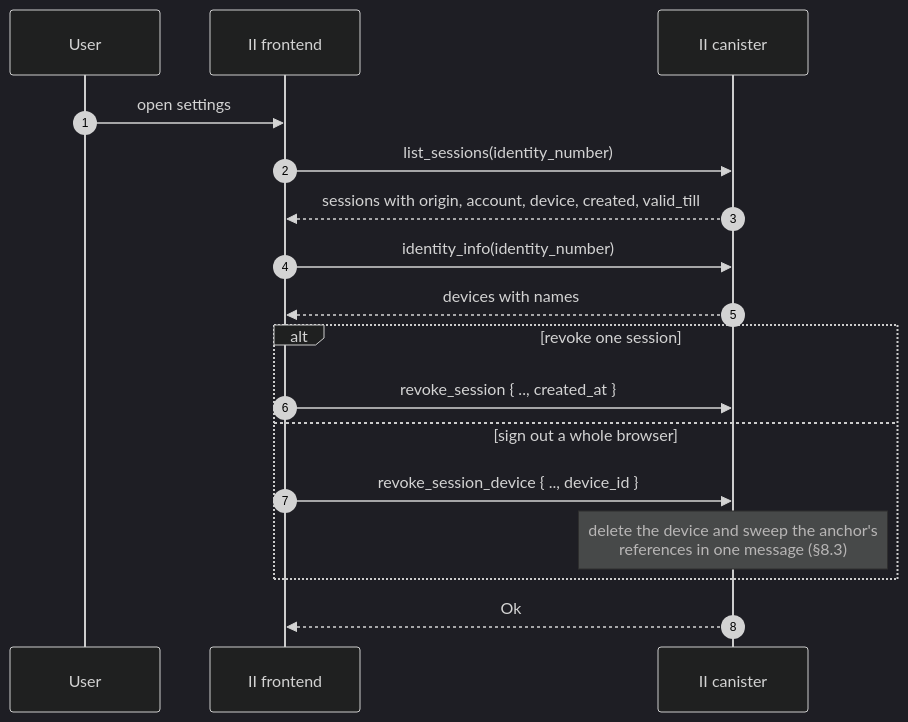
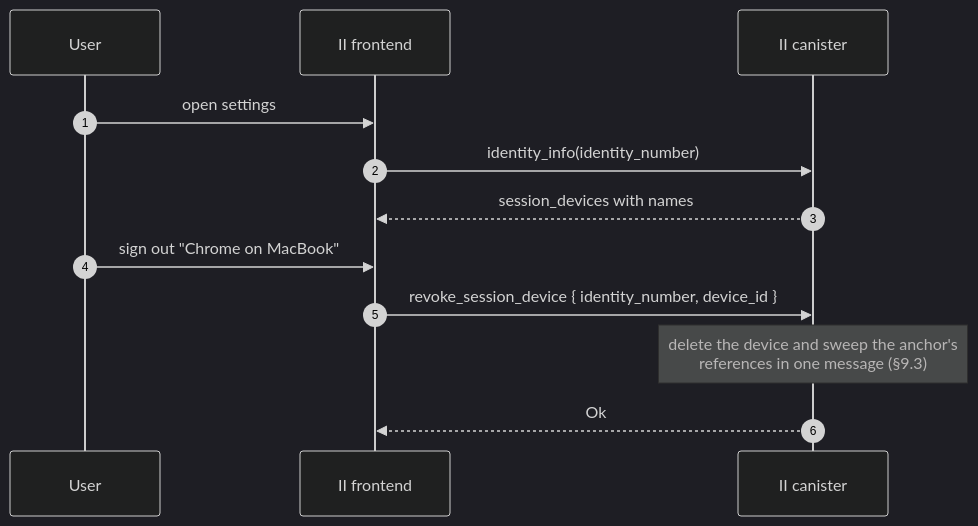
One commit to dfinity/internet-identity changed the seventh of 7 diagrams in docs/ongoing/revocable-app-sessions.md. Above: the diagram before and after it, drawn with Mermaid (dark theme). The commit also changed other lines of this file, not shown here.

````diff
--- a/docs/ongoing/revocable-app-sessions.md
+++ b/docs/ongoing/revocable-app-sessions.md
@@ -444,19 +459,14 @@
 ```mermaid
 sequenceDiagram
     autonumber
     participant User
     participant IIF as II frontend
     participant IIC as II canister
     User->>IIF: open settings
-    IIF->>IIC: list_sessions(identity_number)
-    IIC-->>IIF: sessions with origin, account, device, created, valid_till
     IIF->>IIC: identity_info(identity_number)
-    IIC-->>IIF: devices with names
-    alt revoke one session
-        IIF->>IIC: revoke_session { .., created_at }
-    else sign out a whole browser
-        IIF->>IIC: revoke_session_device { .., device_id }
-        Note over IIC: delete the device and sweep the anchor's<br/>references in one message (§8.3)
-    end
+    IIC-->>IIF: session_devices with names
+    User->>IIF: sign out "Chrome on MacBook"
+    IIF->>IIC: revoke_session_device { identity_number, device_id }
+    Note over IIC: delete the device and sweep the anchor's<br/>references in one message (§9.3)
     IIC-->>IIF: Ok
 ```
````
